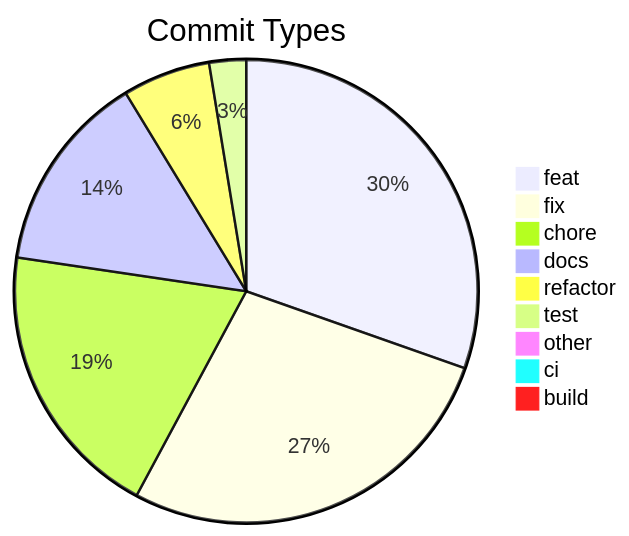
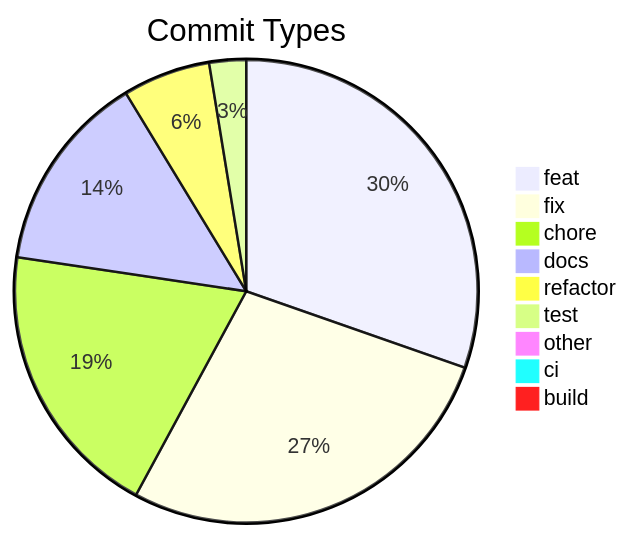
One commit to svenroth-ai/shipwright changed the diagram in .shipwright/compliance/change-history.md. Above: the diagram before and after it, drawn with Mermaid. The commit also changed other lines of this file and 14 other files, not shown here.

````diff
--- a/.shipwright/compliance/change-history.md
+++ b/.shipwright/compliance/change-history.md
@@ -8,12 +8,12 @@
 ```mermaid
 pie title Commit Types
     "feat" : 248
-    "fix" : 224
+    "fix" : 225
     "chore" : 159
     "docs" : 114
     "refactor" : 50
     "test" : 21
     "other" : 7
     "ci" : 5
     "build" : 1
 ```
````
